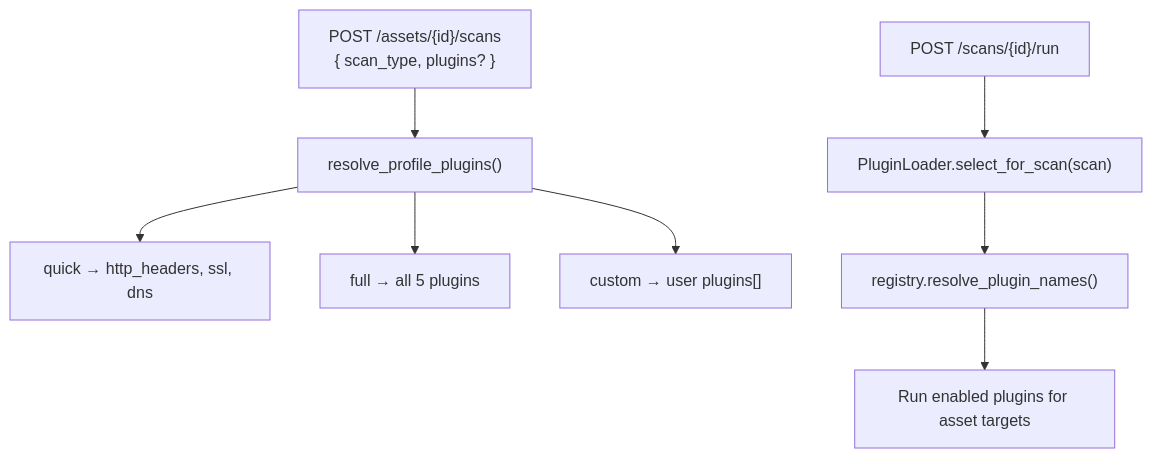
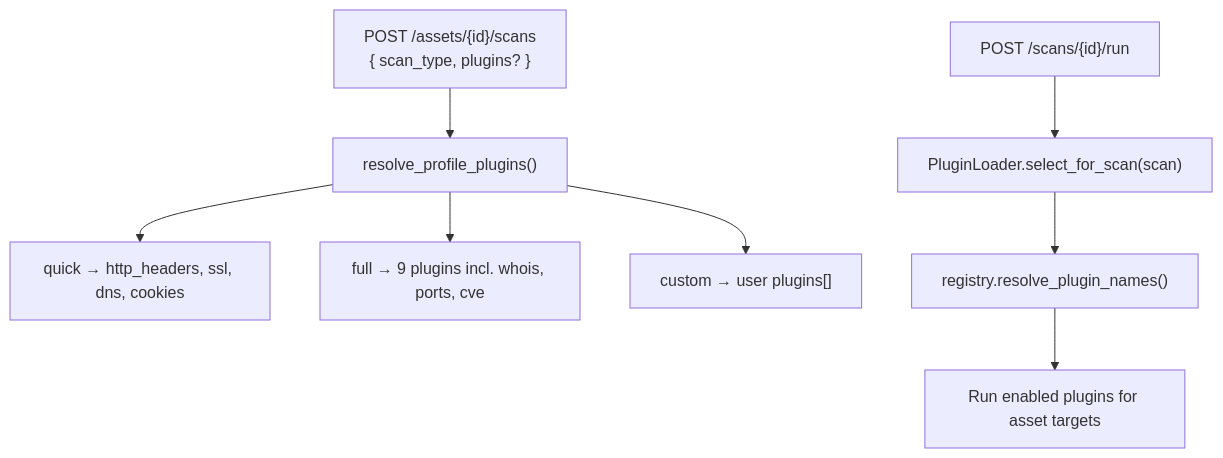
One commit to notjiji/Sandbox changed the fourth of 10 diagrams in docs/scan-engine.md. Above: the diagram before and after it, drawn with Mermaid. The commit also changed other lines of this file and 19 other files, not shown here.

````diff
--- a/docs/scan-engine.md
+++ b/docs/scan-engine.md
@@ -256,12 +265,12 @@
 ```mermaid
 flowchart TB
     CREATE["POST /assets/{id}/scans\n{ scan_type, plugins? }"]
     CREATE --> PROFILE["resolve_profile_plugins()"]
-    PROFILE --> QUICK["quick → http_headers, ssl, dns"]
-    PROFILE --> FULL["full → all 5 plugins"]
+    PROFILE --> QUICK["quick → http_headers, ssl, dns, cookies"]
+    PROFILE --> FULL["full → 9 plugins incl. whois, ports, cve"]
     PROFILE --> CUSTOM["custom → user plugins[]"]
 
     RUN["POST /scans/{id}/run"] --> LOADER["PluginLoader.select_for_scan(scan)"]
     LOADER --> REG["registry.resolve_plugin_names()"]
     REG --> EXEC["Run enabled plugins for asset targets"]
 ```
````
